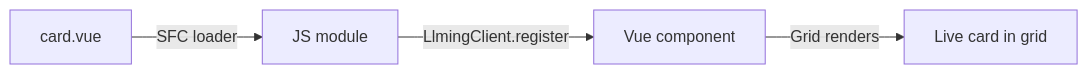
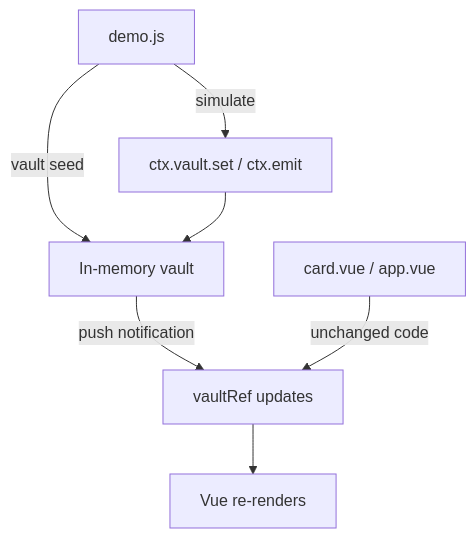
The second of 2 diagrams in docs/manual/develop/llming-dev-guide.md (openhort/openhort), drawn with Mermaid before and after one commit. The commit also changed other lines of this file and 3 other files, not shown here.

First line of the commit message:
Documentation: vaultRef, file naming, demo mode, vault_ref, tick channels

````diff
--- a/docs/manual/develop/llming-dev-guide.md
+++ b/docs/manual/develop/llming-dev-guide.md
@@ -393,6 +429,9 @@
 ```mermaid
-flowchart LR
-    A[card.vue] -->|SFC loader| B[JS module]
-    B -->|LlmingClient.register| C[Vue component]
-    C -->|Grid renders| D[Live card in grid]
+flowchart TD
+    A[demo.js] -->|vault seed| B[In-memory vault]
+    A -->|simulate| C[ctx.vault.set / ctx.emit]
+    C --> B
+    B -->|push notification| D[vaultRef updates]
+    D --> E[Vue re-renders]
+    F[card.vue / app.vue] -->|unchanged code| D
 ```
````
